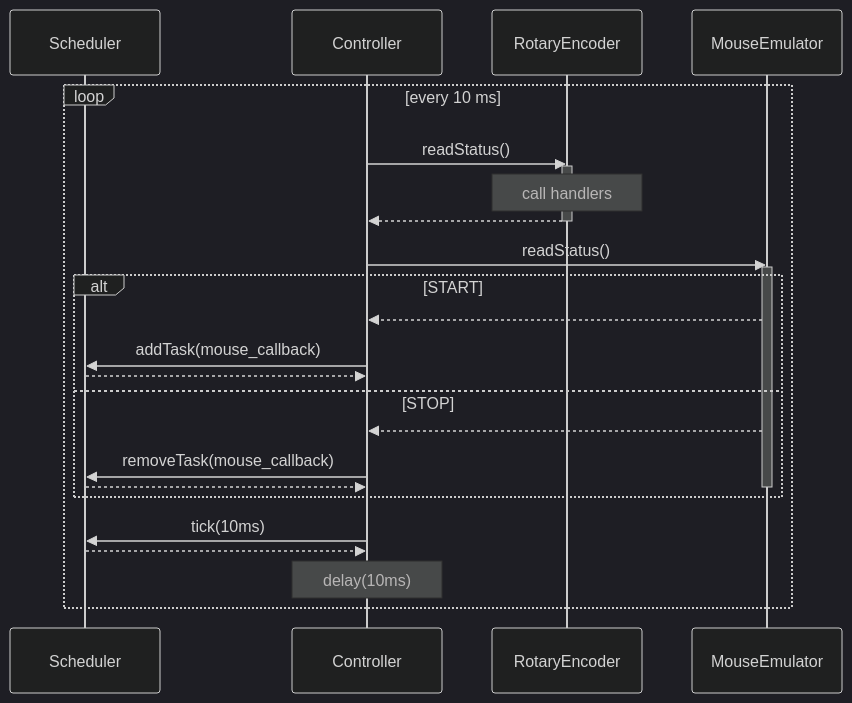
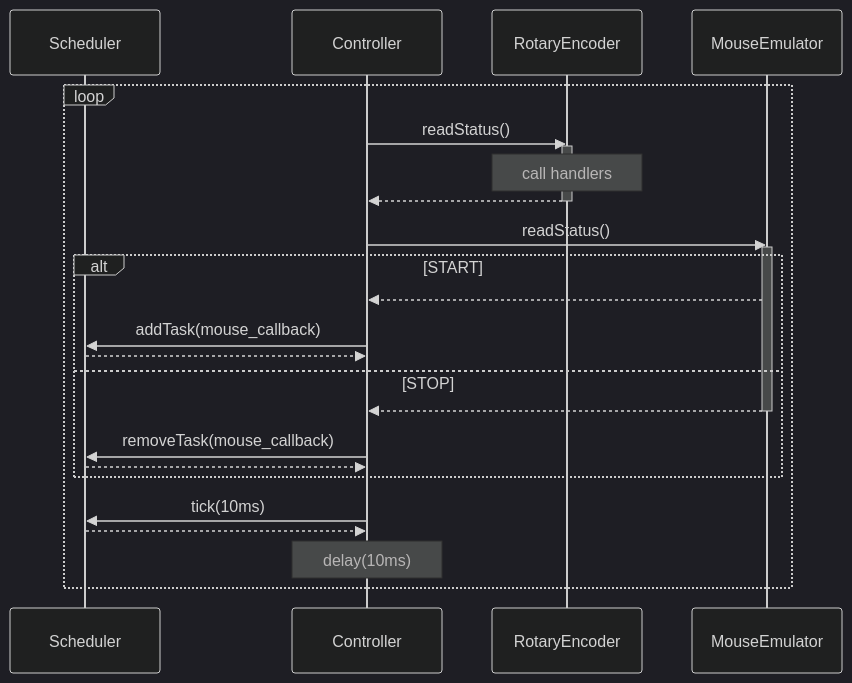
Before and after one commit to aserebryakov/arduino-cpp-components-library: the second of 2 diagrams in volume_control_and_pc_busy_simulator/README.md, drawn with Mermaid (dark theme).

Commit message:
VolumeControl: Fixed diagram rendering

````diff
--- a/volume_control_and_pc_busy_simulator/README.md
+++ b/volume_control_and_pc_busy_simulator/README.md
@@ -67,34 +67,34 @@
 ```mermaid
 sequenceDiagram
     participant Scheduler
     participant Controller
     participant RotaryEncoder
     participant MouseEmulator
 
-    loop every 10 ms
+    loop
         Controller ->> RotaryEncoder : readStatus()
         activate RotaryEncoder
         note over RotaryEncoder : call handlers
         RotaryEncoder -->> Controller : 
         deactivate RotaryEncoder
 
         Controller ->> MouseEmulator : readStatus()
         activate MouseEmulator
 
         alt START
             MouseEmulator -->> Controller : 
             Controller ->> Scheduler : addTask(mouse_callback)
             Scheduler -->> Controller : 
         else STOP
             MouseEmulator -->> Controller : 
+            deactivate MouseEmulator
             Controller ->> Scheduler : removeTask(mouse_callback)
-            Scheduler -->> Controller :
-            deactivate MouseEmulator
+            Scheduler -->> Controller : 
         end
-
+        
         Controller ->> Scheduler : tick(10ms)
         Scheduler -->> Controller : 
         
         note over Controller : delay(10ms)
     end
 ```
````
